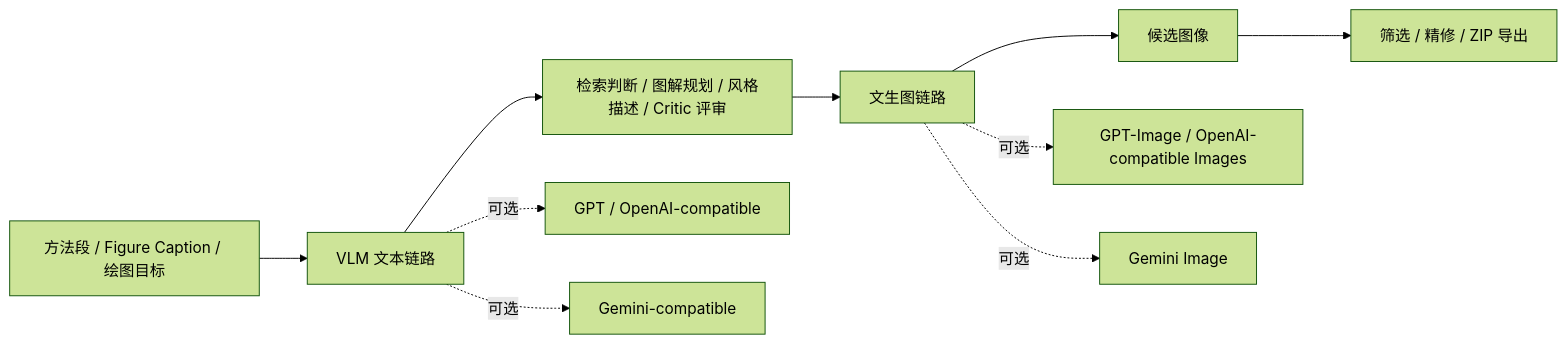
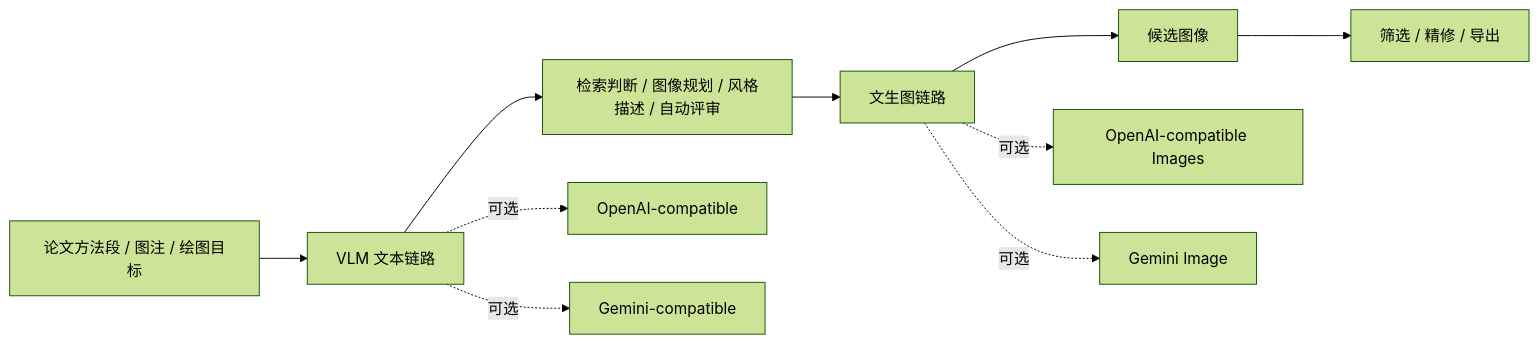
The diagram in README.md (917940234/PaperBanana-CN), drawn with Mermaid (forest theme) before and after one commit. The commit also changed other lines of this file, not shown here.

````diff
--- a/README.md
+++ b/README.md
@@ -163,13 +205,13 @@
 ```mermaid
 flowchart LR
-    A[方法段 / Figure Caption / 绘图目标] --> B[VLM 文本链路]
-    B --> C[检索判断 / 图解规划 / 风格描述 / Critic 评审]
+    A[论文方法段 / 图注 / 绘图目标] --> B[VLM 文本链路]
+    B --> C[检索判断 / 图像规划 / 风格描述 / 自动评审]
     C --> D[文生图链路]
     D --> E[候选图像]
-    E --> F[筛选 / 精修 / ZIP 导出]
+    E --> F[筛选 / 精修 / 导出]
 
-    B -. 可选 .-> G[GPT / OpenAI-compatible]
+    B -. 可选 .-> G[OpenAI-compatible]
     B -. 可选 .-> H[Gemini-compatible]
-    D -. 可选 .-> I[GPT-Image / OpenAI-compatible Images]
+    D -. 可选 .-> I[OpenAI-compatible Images]
     D -. 可选 .-> J[Gemini Image]
 ```
````
